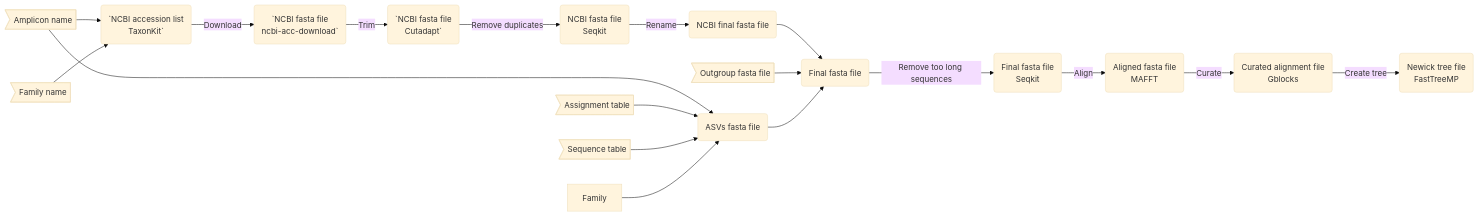
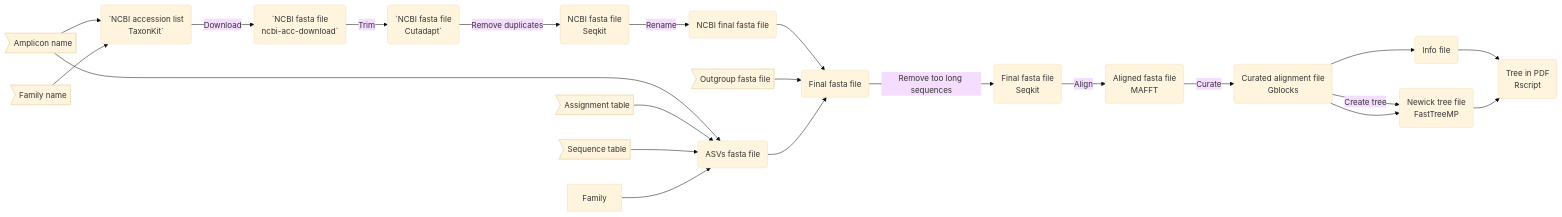
Before and after one commit to Enorya/Phylo-tree_eDNA: the diagram in README.md, drawn with Mermaid (base theme).

````diff
--- a/README.md
+++ b/README.md
@@ -24,33 +24,37 @@
 ```mermaid
 flowchart LR
 	amplicon>Amplicon name]
 	family>Family name]
 	Assign>Assignment table]
 	Seq>Sequence table]
 	Out>Outgroup fasta file]
 	step1(`NCBI accession list
 TaxonKit`)
 	step2(`NCBI fasta file
 ncbi-acc-download`)
 	step3(`NCBI fasta file
 Cutadapt`)
 	step4(NCBI fasta file
 Seqkit)
 	step5(NCBI final fasta file)
 	step6(ASVs fasta file)
 	step7(Final fasta file)
 	step8(Final fasta file
 Seqkit)
 	step9(Aligned fasta file
 MAFFT)
 	step10(Curated alignment file
 Gblocks)
 	step11(Newick tree file
 FastTreeMP)
+	step12(Info file)
+	step13(Tree in PDF
+Rscript)
 
 	amplicon --> step1 -->|Download| step2 -->|Trim| step3 -->|Remove duplicates| step4 -->|Rename| step5
 	family --> step1
 	amplicon & Assign & Seq & Family --> step6
 	step5 & Out & step6 --> step7 -->|Remove too long sequences| step8 -->|Align| step9 -->|Curate| step10 -->|Create tree| step11
+	step10 --> step12 & step11 --> step13
 
 ```
````
